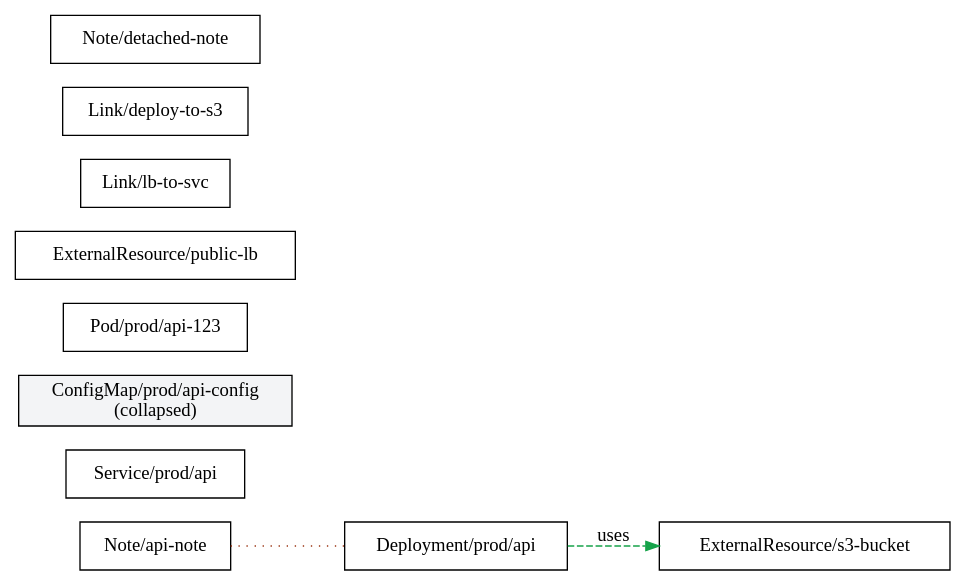
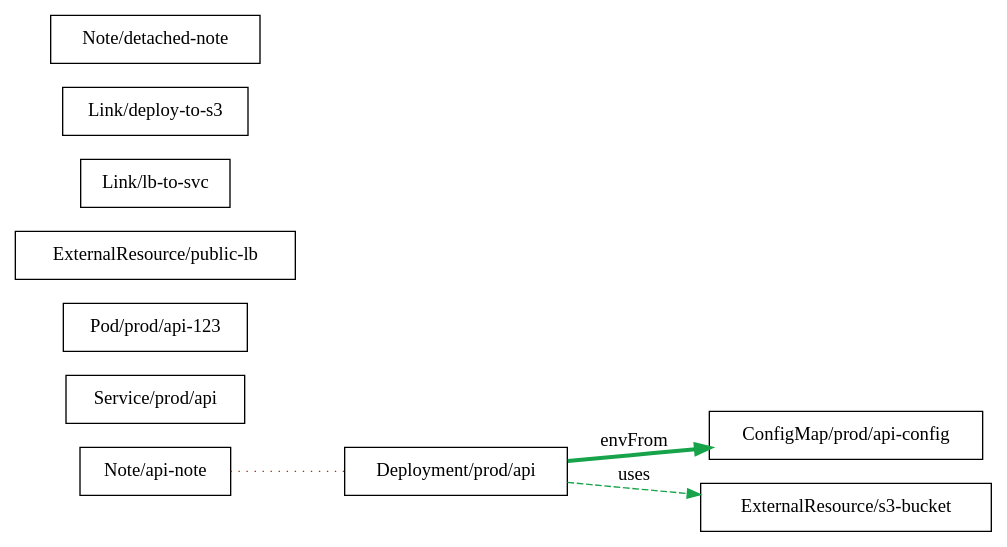
One commit to jseguillon/modarch changed the diagram in outputs/iter3/frame-003.dot. Above: the diagram before and after it, drawn with Graphviz. The commit also changed 6 other files, not shown here.

Commit message:
Render each frame from base graph to restore keyframe diffs

```diff
--- a/outputs/iter3/frame-003.dot
+++ b/outputs/iter3/frame-003.dot
@@ -1,15 +1,16 @@
 digraph modarch {
   rankdir=LR;
   "Deployment/prod/api" [shape=box label="Deployment/prod/api"];
   "Service/prod/api" [shape=box label="Service/prod/api"];
-  "ConfigMap/prod/api-config" [shape=box style=filled fillcolor="#f3f4f6" label="ConfigMap/prod/api-config\n(collapsed)"];
+  "ConfigMap/prod/api-config" [shape=box label="ConfigMap/prod/api-config"];
   "Pod/prod/api-123" [shape=box label="Pod/prod/api-123"];
   "ExternalResource/public-lb" [shape=box label="ExternalResource/public-lb"];
   "ExternalResource/s3-bucket" [shape=box label="ExternalResource/s3-bucket"];
   "Link/lb-to-svc" [shape=box label="Link/lb-to-svc"];
   "Link/deploy-to-s3" [shape=box label="Link/deploy-to-s3"];
   "Note/api-note" [shape=box label="Note/api-note"];
   "Note/detached-note" [shape=box label="Note/detached-note"];
+  "Deployment/prod/api" -> "ConfigMap/prod/api-config" [color="#16a34a",label="envFrom",penwidth="3"];
   "Deployment/prod/api" -> "ExternalResource/s3-bucket" [color="#16a34a",label="uses",style="dashed"];
   "Note/api-note" -> "Deployment/prod/api" [arrowhead="none",color="#9a3412",style="dotted"];
 }
```
